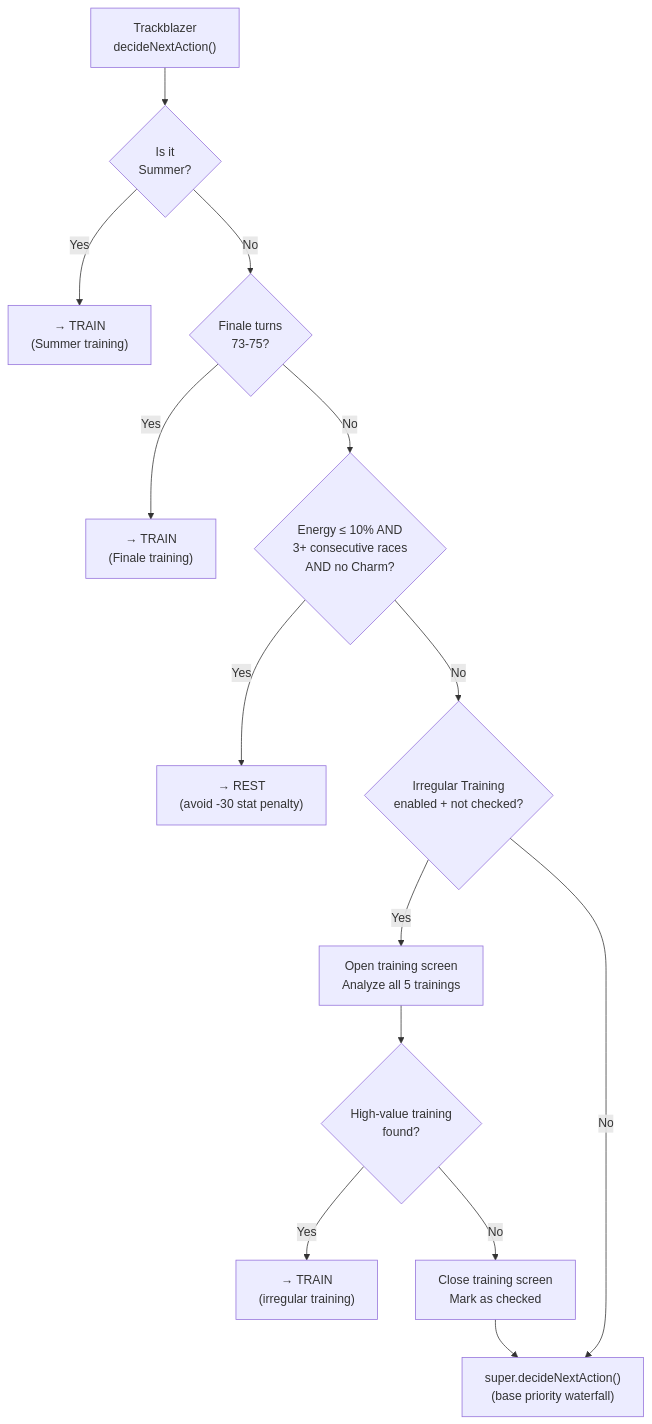
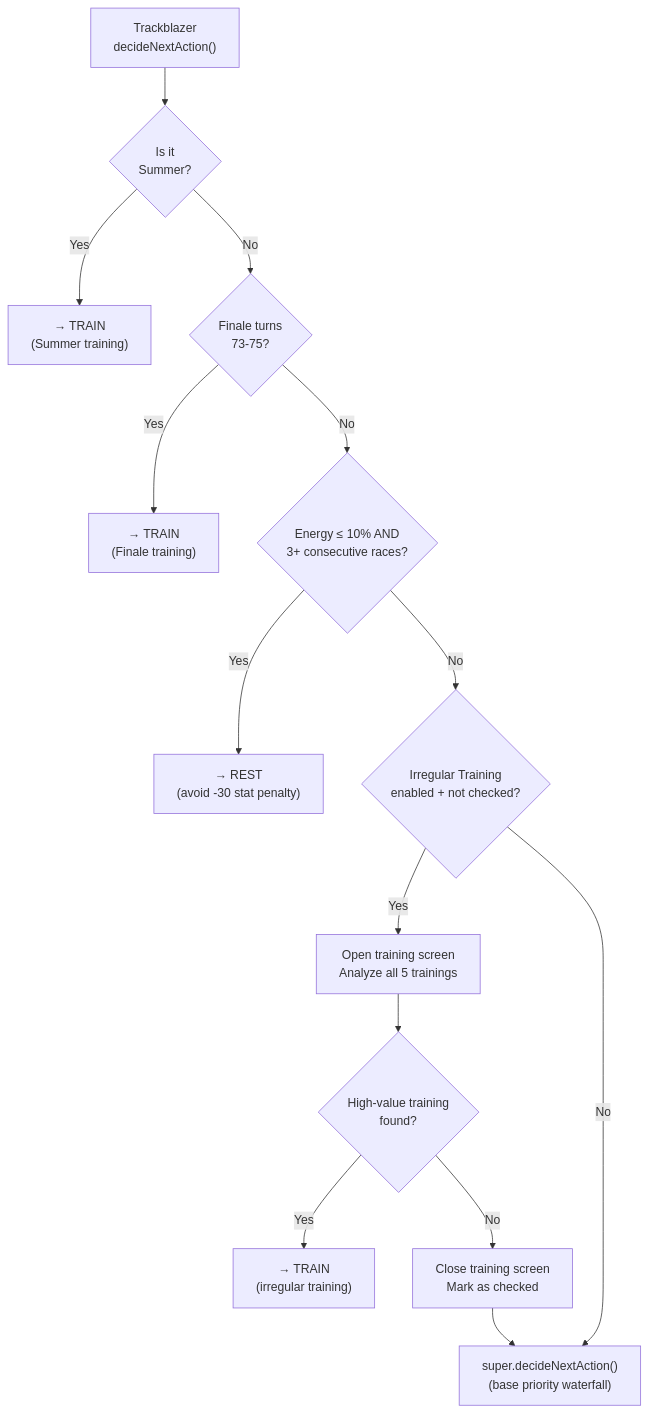
The seventh of 8 diagrams in HOW_IT_WORKS.md (Jacob-Met/uma-android-automation), drawn with Mermaid before and after one commit. The commit also changed other lines of this file, not shown here.

````diff
--- a/HOW_IT_WORKS.md
+++ b/HOW_IT_WORKS.md
@@ -604,16 +618,16 @@
 ```mermaid
 flowchart TD
     Start["Trackblazer\ndecideNextAction()"] --> Summer{"Is it\nSummer?"}
     Summer -->|Yes| TRAIN["→ TRAIN\n(Summer training)"]
     Summer -->|No| Finale{"Finale turns\n73-75?"}
     Finale -->|Yes| TRAIN2["→ TRAIN\n(Finale training)"]
-    Finale -->|No| EnergyGuard{"Energy ≤ 10% AND\n3+ consecutive races\nAND no Charm?"}
+    Finale -->|No| EnergyGuard{"Energy ≤ 10% AND\n3+ consecutive races?"}
     EnergyGuard -->|Yes| REST["→ REST\n(avoid -30 stat penalty)"]
     EnergyGuard -->|No| Irregular{"Irregular Training\nenabled + not checked?"}
     Irregular -->|Yes| EvalTraining["Open training screen\nAnalyze all 5 trainings"]
     EvalTraining --> ValidFound{"High-value training\nfound?"}
     ValidFound -->|Yes| TRAIN3["→ TRAIN\n(irregular training)"]
     ValidFound -->|No| BackOut["Close training screen\nMark as checked"]
     BackOut --> BaseDecision["super.decideNextAction()\n(base priority waterfall)"]
     Irregular -->|No| BaseDecision
 ```
````
